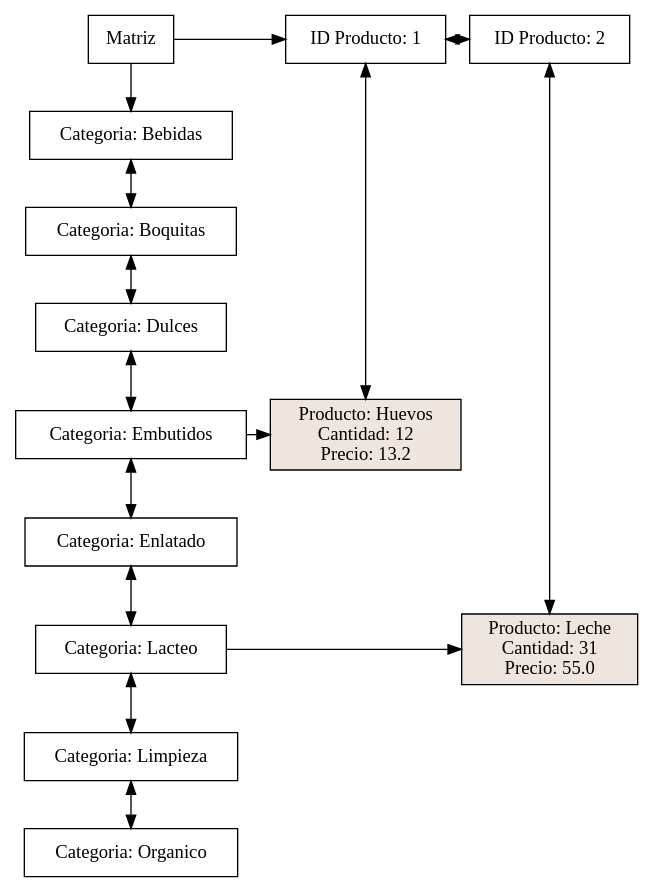
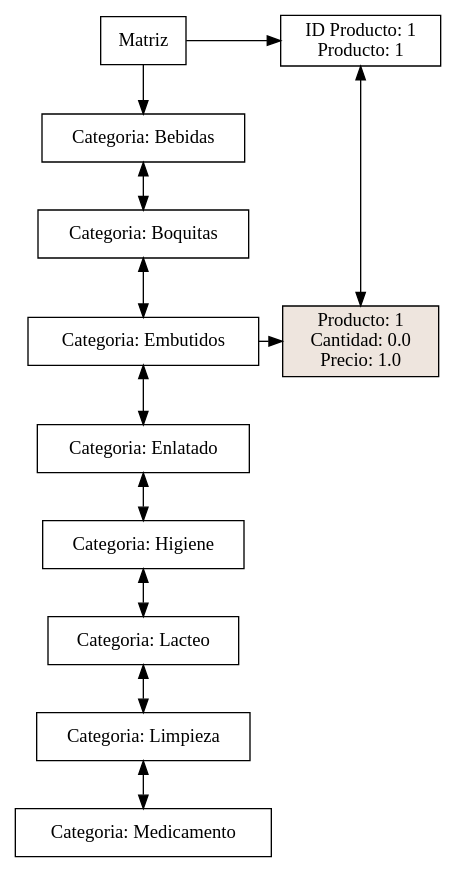
One commit to Eduardo01004/Proyecto_Clase_EDD changed the diagram in Proyecto_Clase/Matriz_inventario.dot. Above: the diagram before and after it, drawn with Graphviz. The commit also changed 72 other files, not shown here.

```diff
--- a/Proyecto_Clase/Matriz_inventario.dot
+++ b/Proyecto_Clase/Matriz_inventario.dot
@@ -1,40 +1,31 @@
 digraph G{
 node [shape = box]
 raiz[label="Matriz"  group=1];
-1882024626 [label="Categoria: Bebidas" group = 1];
-1516575667 [label="Categoria: Boquitas" group = 1];
-1120436845 [label="Categoria: Dulces" group = 1];
-182012127 [label="Categoria: Embutidos" group = 1];
-1668568105 [label="Categoria: Enlatado" group = 1];
-289305463 [label="Categoria: Lacteo" group = 1];
-400769239 [label="Categoria: Limpieza" group = 1];
-1463577924 [label="Categoria: Organico" group = 1];
-1882024626->1516575667[dir=both];
-1516575667->1120436845[dir=both];
-1120436845->182012127[dir=both];
-182012127->1668568105[dir=both];
-1668568105->289305463[dir=both];
-289305463->400769239[dir=both];
-400769239->1463577924[dir=both];
-649193886 [label="ID Producto: 1" group = 3];
-249519909 [label="ID Producto: 2" group = 4];
-649193886->249519909[dir=both];
-raiz ->1882024626
-raiz ->649193886
+960840988 [label="Categoria: Bebidas" group = 1];
+1742038016 [label="Categoria: Boquitas" group = 1];
+1384080230 [label="Categoria: Embutidos" group = 1];
+1934208243 [label="Categoria: Enlatado" group = 1];
+1622632995 [label="Categoria: Higiene" group = 1];
+747562833 [label="Categoria: Lacteo" group = 1];
+96720373 [label="Categoria: Limpieza" group = 1];
+1003736970 [label="Categoria: Medicamento" group = 1];
+960840988->1742038016[dir=both];
+1742038016->1384080230[dir=both];
+1384080230->1934208243[dir=both];
+1934208243->1622632995[dir=both];
+1622632995->747562833[dir=both];
+747562833->96720373[dir=both];
+96720373->1003736970[dir=both];
+1836351770 [label="ID Producto: 1&#92;n Producto: 1" group = 3];
+raiz ->960840988
+raiz ->1836351770
 { rank  = same; raiz 
-649193886;
-249519909;
+1836351770;
 }
-184222762 [style=filled,fillcolor=seashell2,label= "Producto: Huevos&#92;n Cantidad: 12&#92;n Precio: 13.2" group = 3 ];
-1263047086 [style=filled,fillcolor=seashell2,label= "Producto: Leche&#92;n Cantidad: 31&#92;n Precio: 55.0" group = 4 ];
-182012127->184222762
-{ rank = same; 182012127;
-184222762;
+1752525855 [style=filled,fillcolor=seashell2,label= "Producto: 1&#92;n Cantidad: 0.0&#92;n Precio: 1.0" group = 3 ];
+1384080230->1752525855
+{ rank = same; 1384080230;
+1752525855;
 }
-289305463->1263047086
-{ rank = same; 289305463;
-1263047086;
+1836351770->1752525855[dir=both];
 }
-649193886->184222762[dir=both];
-249519909->1263047086[dir=both];
-}
```
